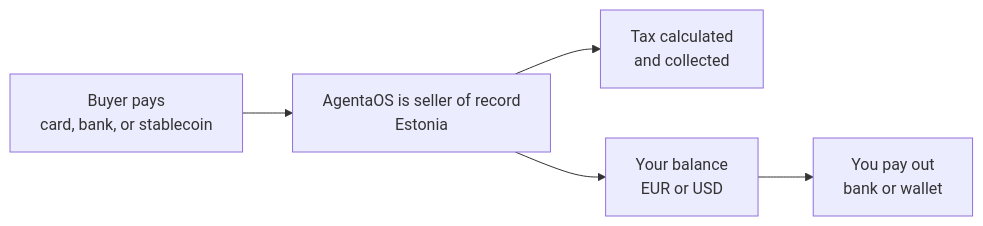
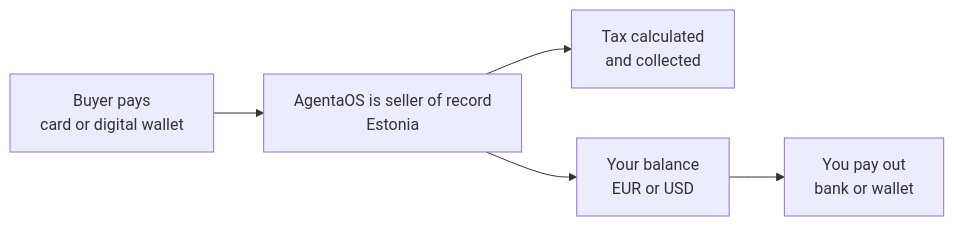
Before and after one commit to AgentaOS/docs: the diagram in mor/how-it-works.mdx, drawn with Mermaid. The commit also changed other lines of this file and 11 other files, not shown here.

````diff
--- a/mor/how-it-works.mdx
+++ b/mor/how-it-works.mdx
@@ -22,7 +22,7 @@
 ```mermaid
 flowchart LR
-    A[Buyer pays<br/>card, bank, or stablecoin] --> B[AgentaOS is seller of record<br/>Estonia]
+    A[Buyer pays<br/>card or digital wallet] --> B[AgentaOS is seller of record<br/>Estonia]
     B --> C[Tax calculated<br/>and collected]
     B --> D[Your balance<br/>EUR or USD]
     D --> E[You pay out<br/>bank or wallet]
 ```
````
